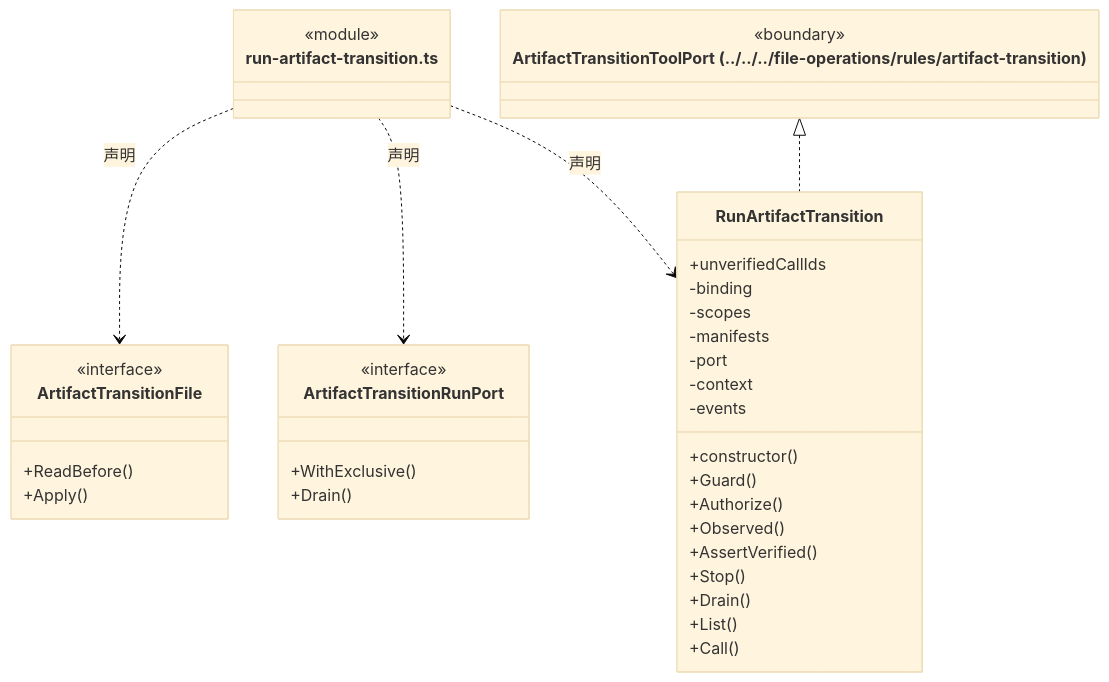
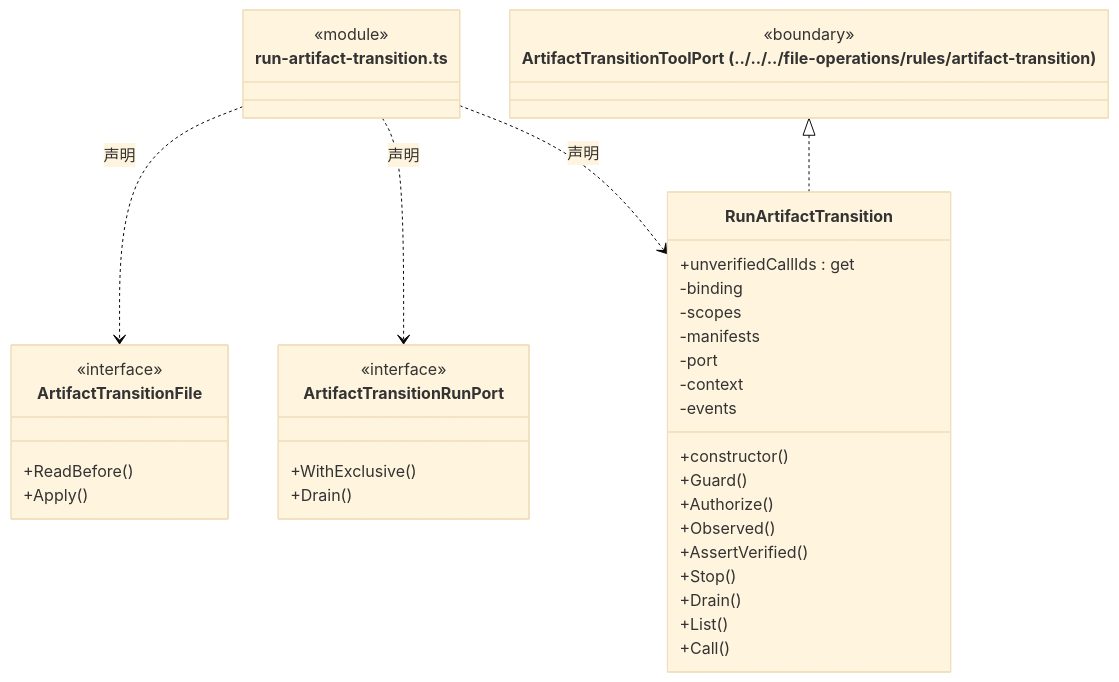
The seventh of 18 diagrams in src/logic/execution/rules/capabilities/ARCHITECTURE.md (nan023062/cbim), drawn with Mermaid (base theme) before and after one commit. The commit also changed other lines of this file and 137 other files, not shown here.

Commit message:
fix: align architecture generator with documentation standards

````diff
--- a/src/logic/execution/rules/capabilities/ARCHITECTURE.md
+++ b/src/logic/execution/rules/capabilities/ARCHITECTURE.md
@@ -221,41 +231,41 @@
 ```mermaid
 classDiagram
 class N_src_logic_execution_rules_capabilities_run_artifact_transition_ts["run-artifact-transition.ts"] {
   <<module>>
 }
 class N_src_logic_execution_rules_capabilities_run_artifact_transition_ts_ArtifactTransitionFile["ArtifactTransitionFile"] {
   <<interface>>
   +ReadBefore()
   +Apply()
 }
 N_src_logic_execution_rules_capabilities_run_artifact_transition_ts ..> N_src_logic_execution_rules_capabilities_run_artifact_transition_ts_ArtifactTransitionFile : 声明
 class N_src_logic_execution_rules_capabilities_run_artifact_transition_ts_ArtifactTransitionRunPort["ArtifactTransitionRunPort"] {
   <<interface>>
   +WithExclusive()
   +Drain()
 }
 N_src_logic_execution_rules_capabilities_run_artifact_transition_ts ..> N_src_logic_execution_rules_capabilities_run_artifact_transition_ts_ArtifactTransitionRunPort : 声明
 class N_src_logic_execution_rules_capabilities_run_artifact_transition_ts_RunArtifactTransition["RunArtifactTransition"] {
   +constructor()
   +Guard()
   +Authorize()
   +Observed()
-  +unverifiedCallIds
+  +unverifiedCallIds : get
   +AssertVerified()
   +Stop()
   +Drain()
   +List()
   +Call()
   -binding
   -scopes
   -manifests
   -port
   -context
   -events
 }
 N_src_logic_execution_rules_capabilities_run_artifact_transition_ts ..> N_src_logic_execution_rules_capabilities_run_artifact_transition_ts_RunArtifactTransition : 声明
 class N_src_logic_execution_rules_capabilities_run_artifact_transition_ts_external_ArtifactTransitionToolPort["ArtifactTransitionToolPort (../../../file-operations/rules/artifact-transition)"] {
   <<boundary>>
 }
 N_src_logic_execution_rules_capabilities_run_artifact_transition_ts_external_ArtifactTransitionToolPort <|.. N_src_logic_execution_rules_capabilities_run_artifact_transition_ts_RunArtifactTransition
 ```
````
